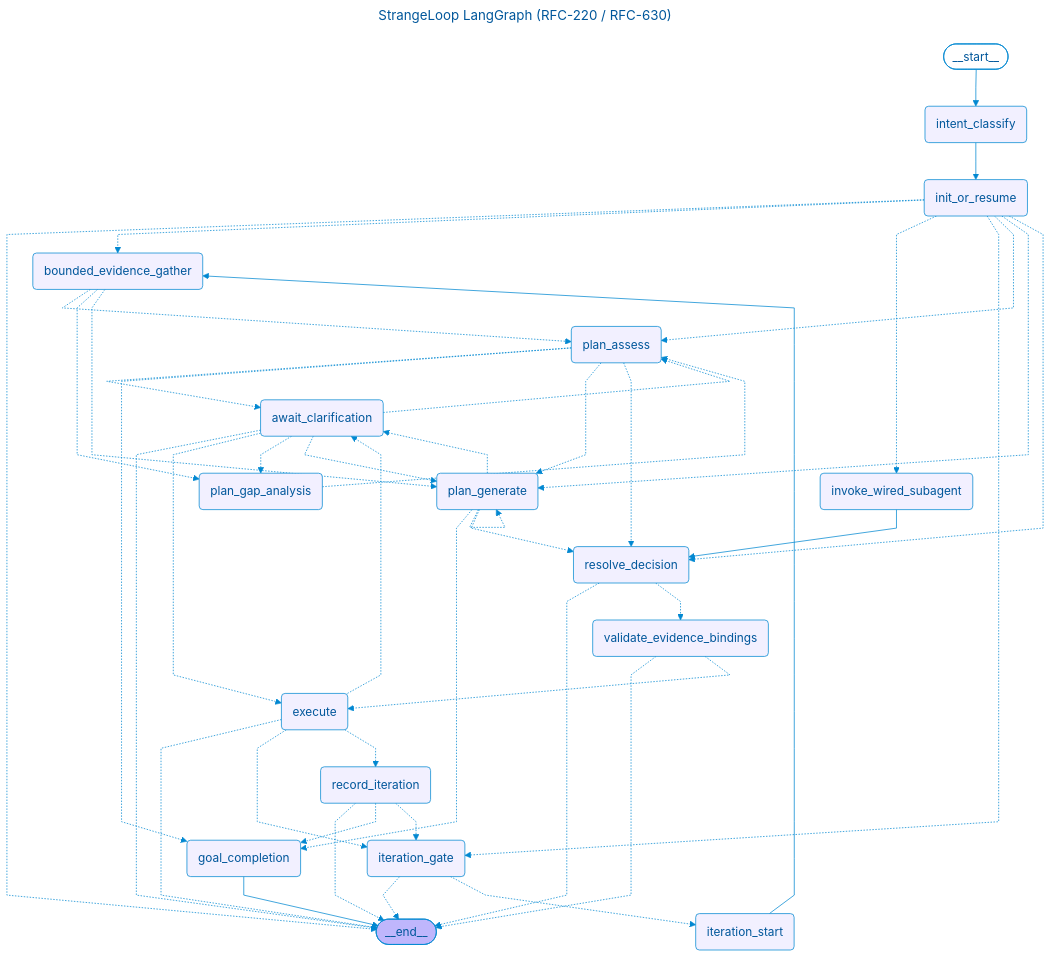
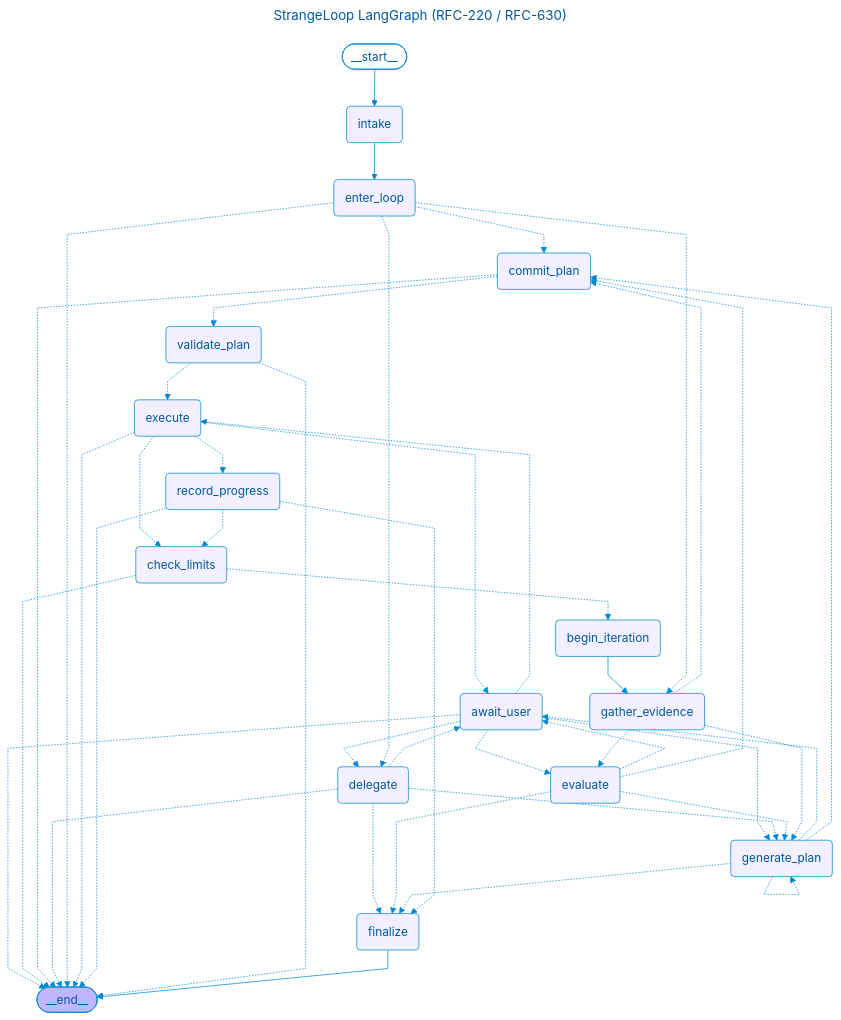
The diagram in docs/diagrams/strange_loop_graph.mmd (OpenSoothe/soothe), drawn with Mermaid before and after one commit. The commit also changed 10 other files, not shown here.

```diff
--- a/docs/diagrams/strange_loop_graph.mmd
+++ b/docs/diagrams/strange_loop_graph.mmd
@@ -1,77 +1,75 @@
 ---
 title: StrangeLoop LangGraph (RFC-220 / RFC-630)
 config:
   flowchart:
     curve: linear
   theme: base
   themeVariables:
     primaryColor: "#e1f5fe"
     primaryTextColor: "#01579b"
     primaryBorderColor: "#0288d1"
     lineColor: "#0288d1"
     secondaryColor: "#fff3e0"
     tertiaryColor: "#f3e5f5"
 ---
 graph TD;
 	__start__([<p>__start__</p>]):::first
-	intent_classify(intent_classify)
-	init_or_resume(init_or_resume)
-	invoke_wired_subagent(invoke_wired_subagent)
-	iteration_gate(iteration_gate)
-	iteration_start(iteration_start)
-	bounded_evidence_gather(bounded_evidence_gather)
-	plan_gap_analysis(plan_gap_analysis)
-	plan_assess(plan_assess)
-	plan_generate(plan_generate)
-	goal_completion(goal_completion)
-	resolve_decision(resolve_decision)
-	validate_evidence_bindings(validate_evidence_bindings)
+	intake(intake)
+	enter_loop(enter_loop)
+	delegate(delegate)
+	check_limits(check_limits)
+	begin_iteration(begin_iteration)
+	gather_evidence(gather_evidence)
+	evaluate(evaluate)
+	generate_plan(generate_plan)
+	finalize(finalize)
+	commit_plan(commit_plan)
+	validate_plan(validate_plan)
 	execute(execute)
-	record_iteration(record_iteration)
-	await_clarification(await_clarification)
+	record_progress(record_progress)
+	await_user(await_user)
 	__end__([<p>__end__</p>]):::last
-	__start__ --> intent_classify;
-	await_clarification -.-> __end__;
-	await_clarification -.-> execute;
-	await_clarification -.-> plan_assess;
-	await_clarification -.-> plan_gap_analysis;
-	await_clarification -.-> plan_generate;
-	bounded_evidence_gather -.-> plan_assess;
-	bounded_evidence_gather -.-> plan_gap_analysis;
-	bounded_evidence_gather -.-> plan_generate;
+	__start__ --> intake;
+	await_user -.-> __end__;
+	await_user -.-> delegate;
+	await_user -.-> evaluate;
+	await_user -.-> execute;
+	await_user -.-> generate_plan;
+	begin_iteration --> gather_evidence;
+	check_limits -.-> __end__;
+	check_limits -.-> begin_iteration;
+	commit_plan -.-> __end__;
+	commit_plan -.-> validate_plan;
+	delegate -.-> __end__;
+	delegate -.-> await_user;
+	delegate -.-> finalize;
+	delegate -.-> generate_plan;
+	enter_loop -.-> __end__;
+	enter_loop -.-> commit_plan;
+	enter_loop -.-> delegate;
+	enter_loop -.-> gather_evidence;
+	evaluate -.-> await_user;
+	evaluate -.-> commit_plan;
+	evaluate -.-> finalize;
+	evaluate -.-> generate_plan;
 	execute -.-> __end__;
-	execute -.-> await_clarification;
-	execute -.-> iteration_gate;
-	execute -.-> record_iteration;
-	init_or_resume -.-> __end__;
-	init_or_resume -.-> bounded_evidence_gather;
-	init_or_resume -.-> invoke_wired_subagent;
-	init_or_resume -.-> iteration_gate;
-	init_or_resume -.-> plan_assess;
-	init_or_resume -.-> plan_generate;
-	init_or_resume -.-> resolve_decision;
-	intent_classify --> init_or_resume;
-	invoke_wired_subagent --> resolve_decision;
-	iteration_gate -.-> __end__;
-	iteration_gate -.-> iteration_start;
-	iteration_start --> bounded_evidence_gather;
-	plan_assess -.-> await_clarification;
-	plan_assess -.-> goal_completion;
-	plan_assess -.-> plan_generate;
-	plan_assess -.-> resolve_decision;
-	plan_gap_analysis -.-> plan_assess;
-	plan_generate -.-> await_clarification;
-	plan_generate -.-> goal_completion;
-	plan_generate -.-> resolve_decision;
-	record_iteration -.-> __end__;
-	record_iteration -.-> goal_completion;
-	record_iteration -.-> iteration_gate;
-	resolve_decision -.-> __end__;
-	resolve_decision -.-> validate_evidence_bindings;
-	validate_evidence_bindings -.-> __end__;
-	validate_evidence_bindings -.-> execute;
-	goal_completion --> __end__;
-	plan_generate -.-> plan_generate;
+	execute -.-> await_user;
+	execute -.-> check_limits;
+	execute -.-> record_progress;
+	gather_evidence -.-> commit_plan;
+	gather_evidence -.-> evaluate;
+	gather_evidence -.-> generate_plan;
+	generate_plan -.-> await_user;
+	generate_plan -.-> commit_plan;
+	generate_plan -.-> finalize;
+	intake --> enter_loop;
+	record_progress -.-> __end__;
+	record_progress -.-> check_limits;
+	record_progress -.-> finalize;
+	validate_plan -.-> __end__;
+	validate_plan -.-> execute;
+	finalize --> __end__;
+	generate_plan -.-> generate_plan;
 	classDef default fill:#f2f0ff,line-height:1.2
 	classDef first fill-opacity:0
 	classDef last fill:#bfb6fc
```
